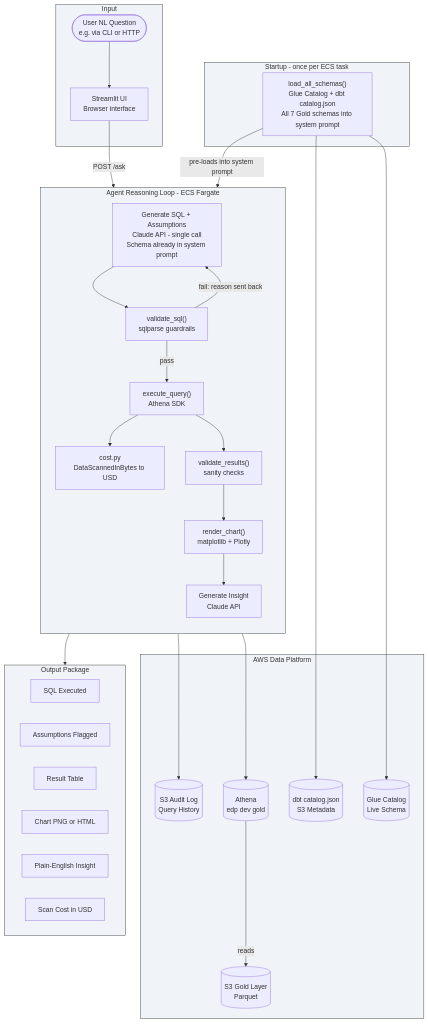
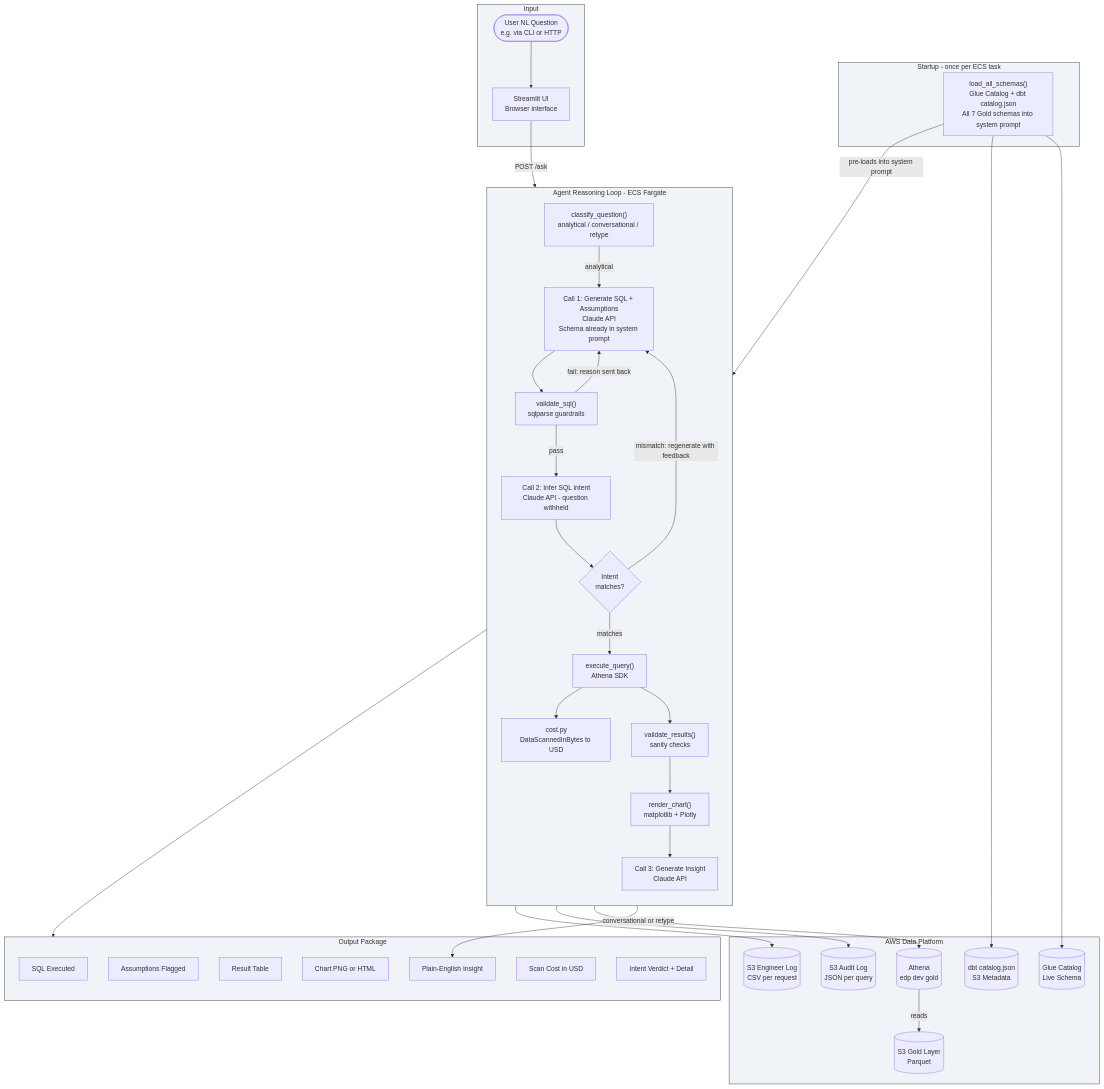
The first of 3 diagrams in README.md (enterprise-data-platform-emeka/platform-analytics-agent), drawn with Mermaid before and after one commit. The commit also changed other lines of this file, not shown here.

First line of the commit message:
Docs: update architecture diagram and reasoning loop to reflect full implementation

````diff
--- a/README.md
+++ b/README.md
@@ -49,59 +50,70 @@
 ```mermaid
 flowchart TD
     subgraph Startup ["Startup - once per ECS task"]
         LoadSchemas["load_all_schemas()\nGlue Catalog + dbt catalog.json\nAll 7 Gold schemas into system prompt"]
     end
 
     subgraph Input ["Input"]
         User([User NL Question\ne.g. via CLI or HTTP])
         Streamlit[Streamlit UI\nBrowser interface]
         User --> Streamlit
     end
 
     subgraph AgentLoop ["Agent Reasoning Loop - ECS Fargate"]
         direction TB
-        GenerateSQL["Generate SQL + Assumptions\nClaude API - single call\nSchema already in system prompt"]
+        Classify["classify_question()\nanalytical / conversational / retype"]
+        GenerateSQL["Call 1: Generate SQL + Assumptions\nClaude API\nSchema already in system prompt"]
         ValidateSQL["validate_sql()\nsqlparse guardrails"]
+        IntentCheck["Call 2: Infer SQL intent\nClaude API - question withheld"]
+        Verdict{"Intent\nmatches?"}
         Execute["execute_query()\nAthena SDK"]
         TrackCost["cost.py\nDataScannedInBytes to USD"]
         ValidateResults["validate_results()\nsanity checks"]
         RenderChart["render_chart()\nmatplotlib + Plotly"]
-        Summarise[Generate Insight\nClaude API]
+        Summarise["Call 3: Generate Insight\nClaude API"]
     end
 
     subgraph AWS ["AWS Data Platform"]
         GlueCatalog[(Glue Catalog\nLive Schema)]
         DbtArtifacts[(dbt catalog.json\nS3 Metadata)]
         Athena[(Athena\nedp dev gold)]
         S3Gold[(S3 Gold Layer\nParquet)]
-        AuditLog[(S3 Audit Log\nQuery History)]
+        AuditLog[(S3 Audit Log\nJSON per query)]
+        EngineerLog[(S3 Engineer Log\nCSV per request)]
     end
 
     subgraph OutputBlock ["Output Package"]
         SQL[SQL Executed]
         Assumptions[Assumptions Flagged]
         ResultTable[Result Table]
         Chart[Chart PNG or HTML]
         Summary[Plain-English Insight]
         CostLine[Scan Cost in USD]
+        VerdictOut[Intent Verdict + Detail]
     end
 
     LoadSchemas --> GlueCatalog
     LoadSchemas --> DbtArtifacts
     LoadSchemas -->|pre-loads into system prompt| GenerateSQL
-    Streamlit -->|POST /ask| GenerateSQL
+    Streamlit -->|POST /ask| Classify
+    Classify -->|analytical| GenerateSQL
+    Classify -->|conversational or retype| Summary
     GenerateSQL --> ValidateSQL
-    ValidateSQL -->|pass| Execute
+    ValidateSQL -->|pass| IntentCheck
     ValidateSQL -->|fail: reason sent back| GenerateSQL
+    IntentCheck --> Verdict
+    Verdict -->|mismatch: regenerate with feedback| GenerateSQL
+    Verdict -->|matches| Execute
     Execute --> Athena
     Athena -->|reads| S3Gold
     Execute --> TrackCost
     Execute --> ValidateResults
     ValidateResults --> RenderChart
     RenderChart --> Summarise
     Summarise --> OutputBlock
     Summarise --> AuditLog
+    Summarise --> EngineerLog
 
     classDef box fill:#f0f4f8,stroke:#333,stroke-width:1px;
     class Startup,Input,AgentLoop,AWS,OutputBlock box;
 ```
````
